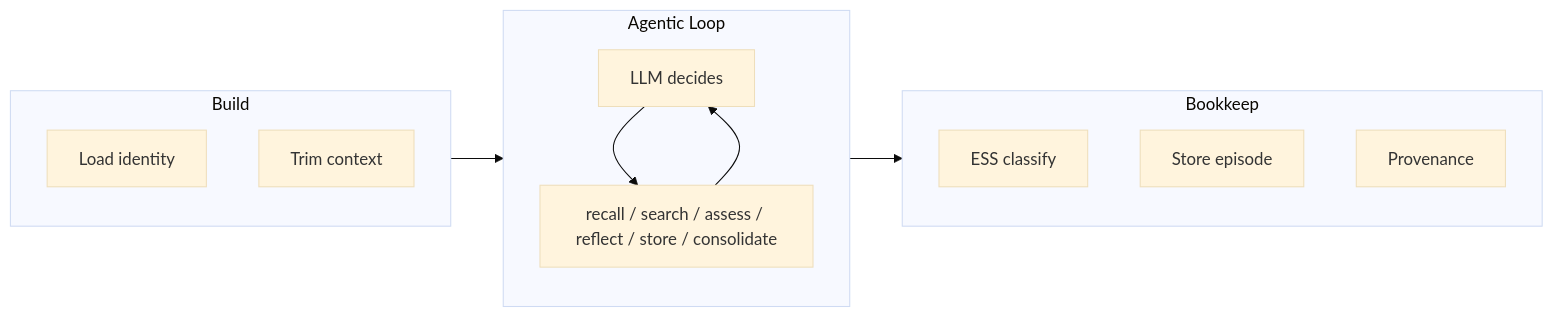
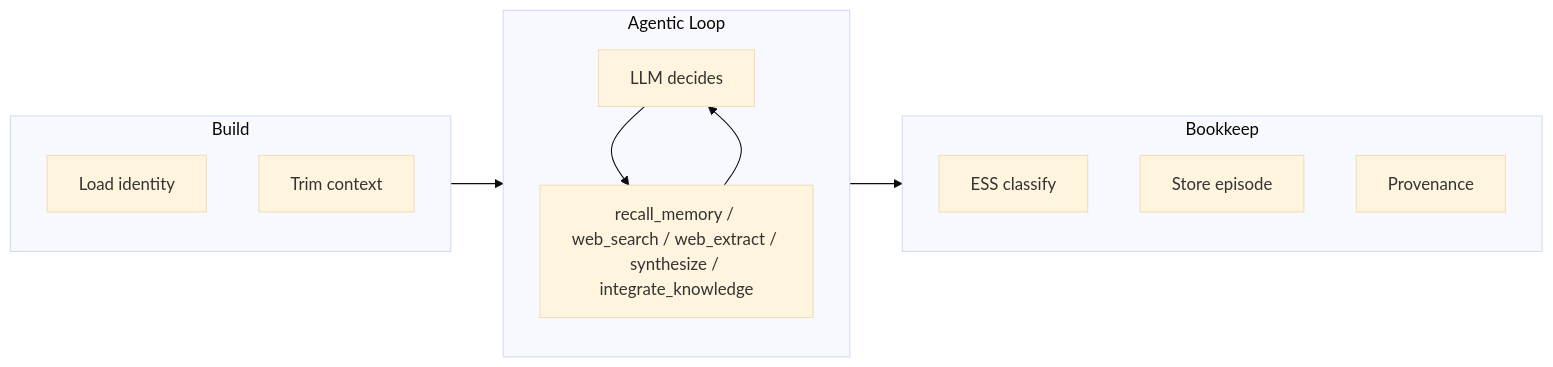
One commit to Okm165/Sonality changed the second of 2 diagrams in docs/architecture/overview.md. Above: the diagram before and after it, drawn with Mermaid (base theme). The commit also changed other lines of this file and 15 other files, not shown here.

````diff
--- a/docs/architecture/overview.md
+++ b/docs/architecture/overview.md
@@ -31,18 +31,18 @@
 ```mermaid
 flowchart LR
     subgraph Build
         Load[Load identity]
         Trim[Trim context]
     end
     Build --> Loop
     subgraph Loop[Agentic Loop]
-        LLM[LLM decides] --> Tools[recall / search / assess / reflect / store / consolidate]
+        LLM[LLM decides] --> Tools[recall_memory / web_search / web_extract / synthesize / integrate_knowledge]
         Tools --> LLM
     end
     Loop --> Bookkeep
     subgraph Bookkeep
         ESS[ESS classify]
         Store[Store episode]
         Prov[Provenance]
     end
 ```
````
